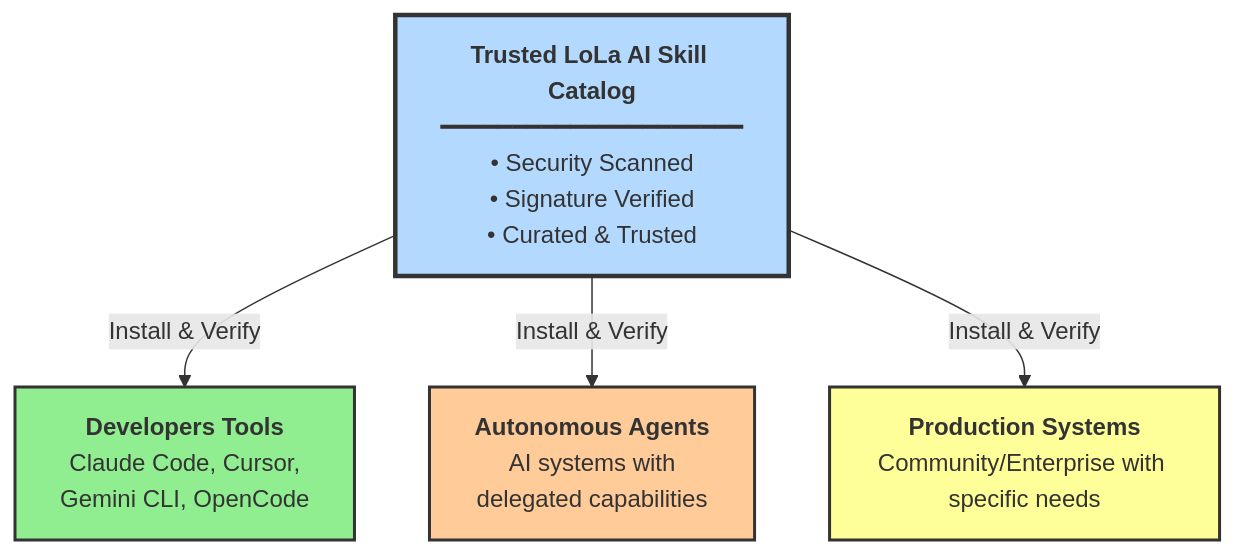
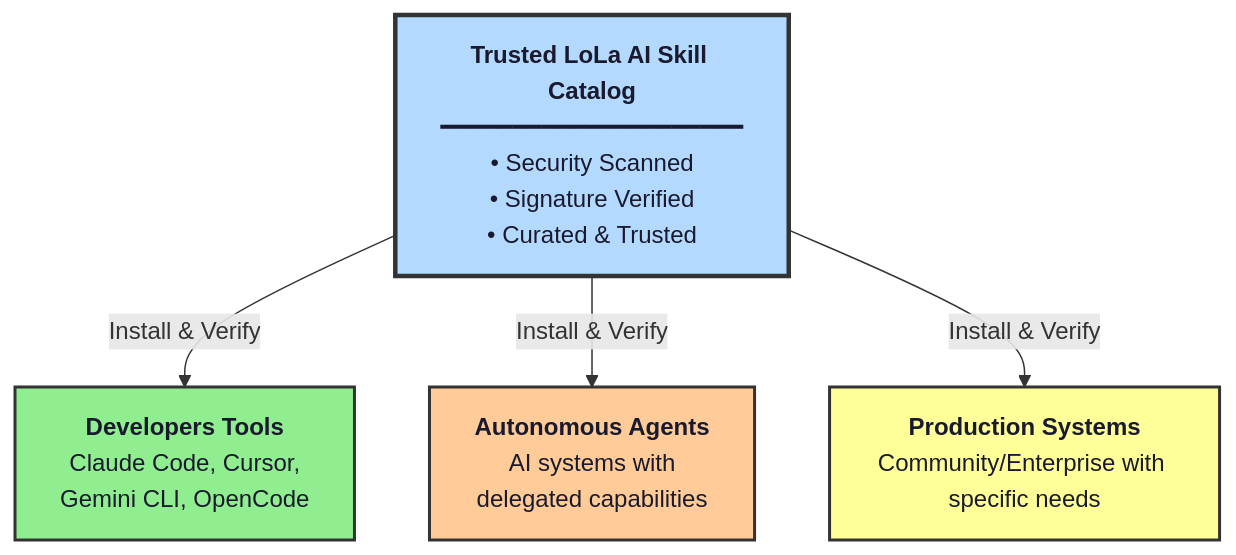
The first of 2 diagrams in docs/concepts/roadmap.md (LobsterTrap/lola), drawn with Mermaid before and after one commit. The commit also changed 3 other files, not shown here.

````diff
--- a/docs/concepts/roadmap.md
+++ b/docs/concepts/roadmap.md
@@ -30,17 +30,17 @@
 ```mermaid
 graph TD
     Catalog["<b>Trusted LoLa AI Skill Catalog</b><br/>━━━━━━━━━━━━━━━━━━━━━<br/>• Security Scanned<br/>• Signature Verified<br/>• Curated & Trusted"]
 
     DevTools["<b>Developers Tools</b><br/>Claude Code, Cursor,<br/>Gemini CLI, OpenCode"]
     Agents["<b>Autonomous Agents</b><br/>AI systems with<br/>delegated capabilities"]
     Production["<b>Production Systems</b><br/>Community/Enterprise with specific needs"]
 
     Catalog -->|Install & Verify| DevTools
     Catalog -->|Install & Verify| Agents
     Catalog -->|Install & Verify| Production
 
-    style Catalog fill:#b3d9ff,stroke:#333,stroke-width:3px
-    style DevTools fill:#90ee90,stroke:#333,stroke-width:2px
-    style Agents fill:#ffcc99,stroke:#333,stroke-width:2px
-    style Production fill:#ffff99,stroke:#333,stroke-width:2px
+    style Catalog fill:#b3d9ff,stroke:#333,stroke-width:3px,color:#1a1a2e
+    style DevTools fill:#90ee90,stroke:#333,stroke-width:2px,color:#1a1a2e
+    style Agents fill:#ffcc99,stroke:#333,stroke-width:2px,color:#1a1a2e
+    style Production fill:#ffff99,stroke:#333,stroke-width:2px,color:#1a1a2e
 ```
````
